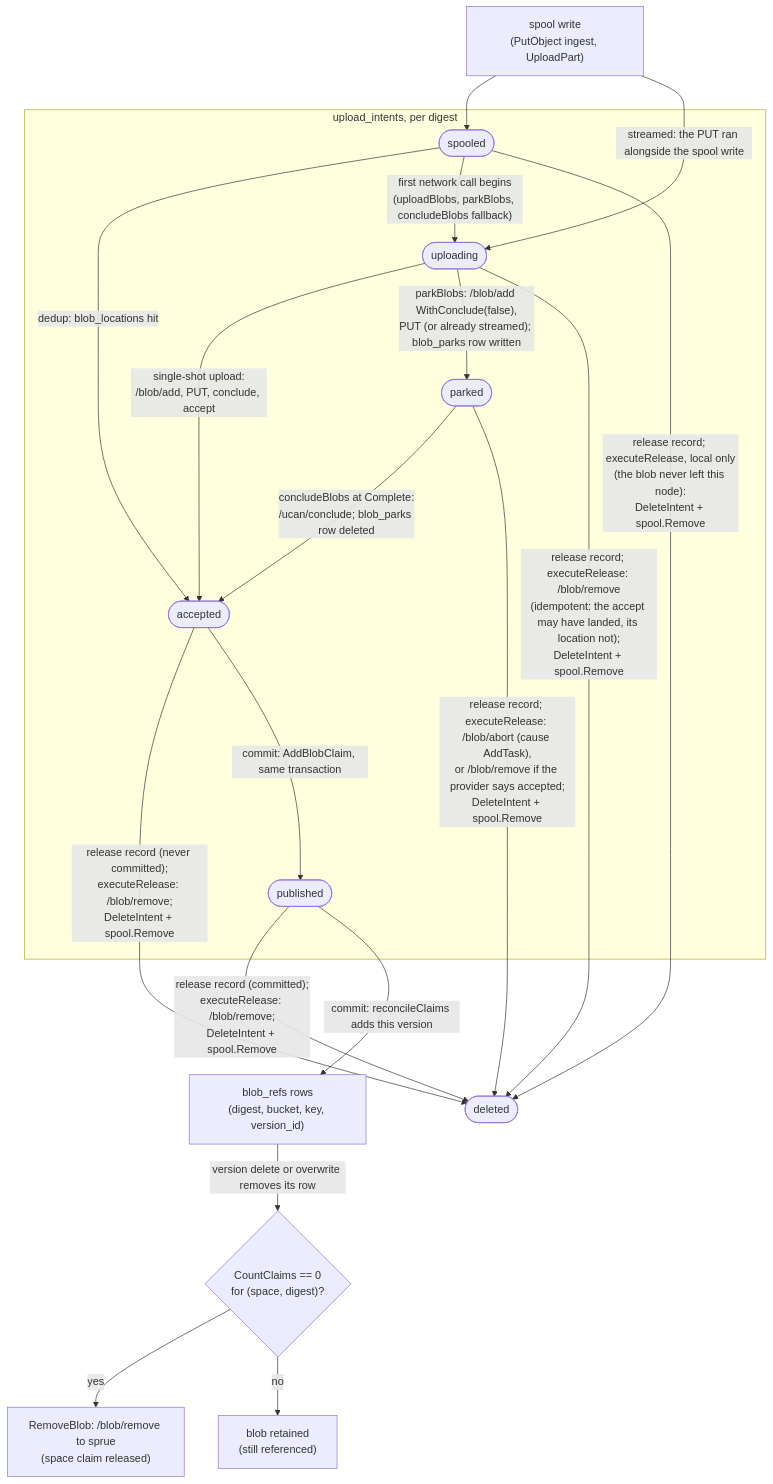
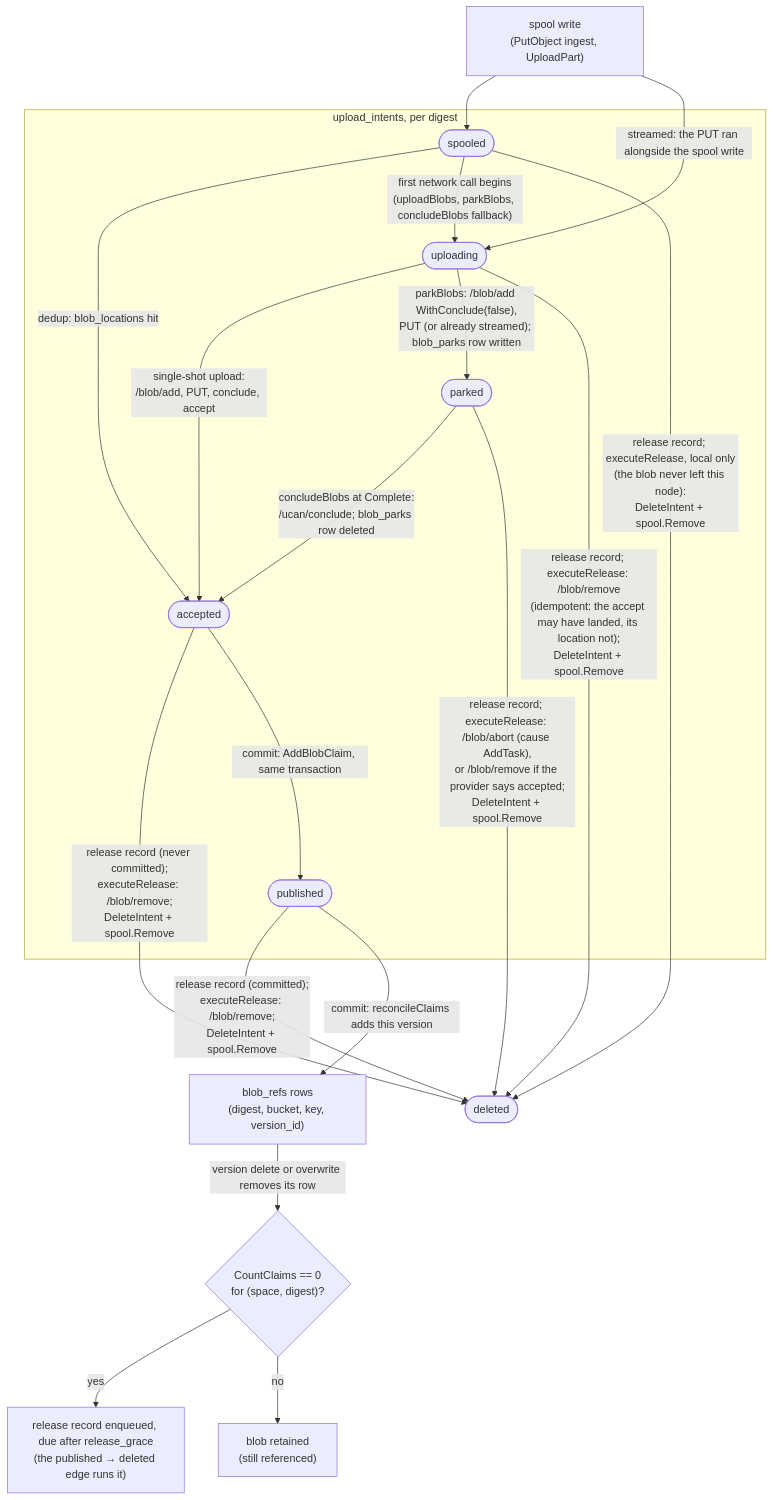
The eighth of 14 diagrams in docs/diagrams.md (fil-forge/ingot), drawn with Mermaid before and after one commit. The commit also changed 2 other files, not shown here.

Commit message:
Address #216 nits: release grace readers, diagram, design notes
- release_grace's comment counts a copy reading a deleted object as its
  source among the readers it bounds.
- The blob-lifecycle diagram's zero-claims branch ends in an enqueued
  release record, not a direct /blob/remove.
- DESIGN_NOTES says once that every release removes the spool copy and
  intent.

Claude-Session: https://claude.ai/code/session_01JipNgPJvf5FdxsgLEHYyDt

````diff
--- a/docs/diagrams.md
+++ b/docs/diagrams.md
@@ -552,30 +552,30 @@
 ```mermaid
 flowchart TB
     W["spool write<br/>(PutObject ingest, UploadPart)"] --> spooled
     W -->|"streamed: the PUT ran alongside the spool write"| uploading
 
     subgraph intents["upload_intents, per digest"]
         spooled([spooled])
         uploading([uploading])
         parked([parked])
         accepted([accepted])
         published([published])
     end
 
     spooled -->|"dedup: blob_locations hit"| accepted
     spooled -->|"first network call begins<br/>(uploadBlobs, parkBlobs, concludeBlobs fallback)"| uploading
     uploading -->|"single-shot upload:<br/>/blob/add, PUT, conclude, accept"| accepted
     uploading -->|"parkBlobs: /blob/add WithConclude(false),<br/>PUT (or already streamed); blob_parks row written"| parked
     parked -->|"concludeBlobs at Complete:<br/>/ucan/conclude; blob_parks row deleted"| accepted
     spooled -->|"release record; executeRelease, local only<br/>(the blob never left this node):<br/>DeleteIntent + spool.Remove"| gone([deleted])
     uploading -->|"release record; executeRelease: /blob/remove<br/>(idempotent: the accept may have landed, its location not);<br/>DeleteIntent + spool.Remove"| gone
     parked -->|"release record; executeRelease: /blob/abort (cause AddTask),<br/>or /blob/remove if the provider says accepted;<br/>DeleteIntent + spool.Remove"| gone
     accepted -->|"release record (never committed);<br/>executeRelease: /blob/remove;<br/>DeleteIntent + spool.Remove"| gone
     published -->|"release record (committed);<br/>executeRelease: /blob/remove;<br/>DeleteIntent + spool.Remove"| gone
 
     accepted -->|"commit: AddBlobClaim, same transaction"| published
     published -->|"commit: reconcileClaims adds this version"| refs["blob_refs rows<br/>(digest, bucket, key, version_id)"]
     refs -->|"version delete or overwrite removes its row"| zero{"CountClaims == 0<br/>for (space, digest)?"}
-    zero -->|yes| rm["RemoveBlob: /blob/remove to sprue<br/>(space claim released)"]
+    zero -->|yes| rel["release record enqueued, due after release_grace<br/>(the published → deleted edge runs it)"]
     zero -->|no| keep["blob retained<br/>(still referenced)"]
 ```
````
